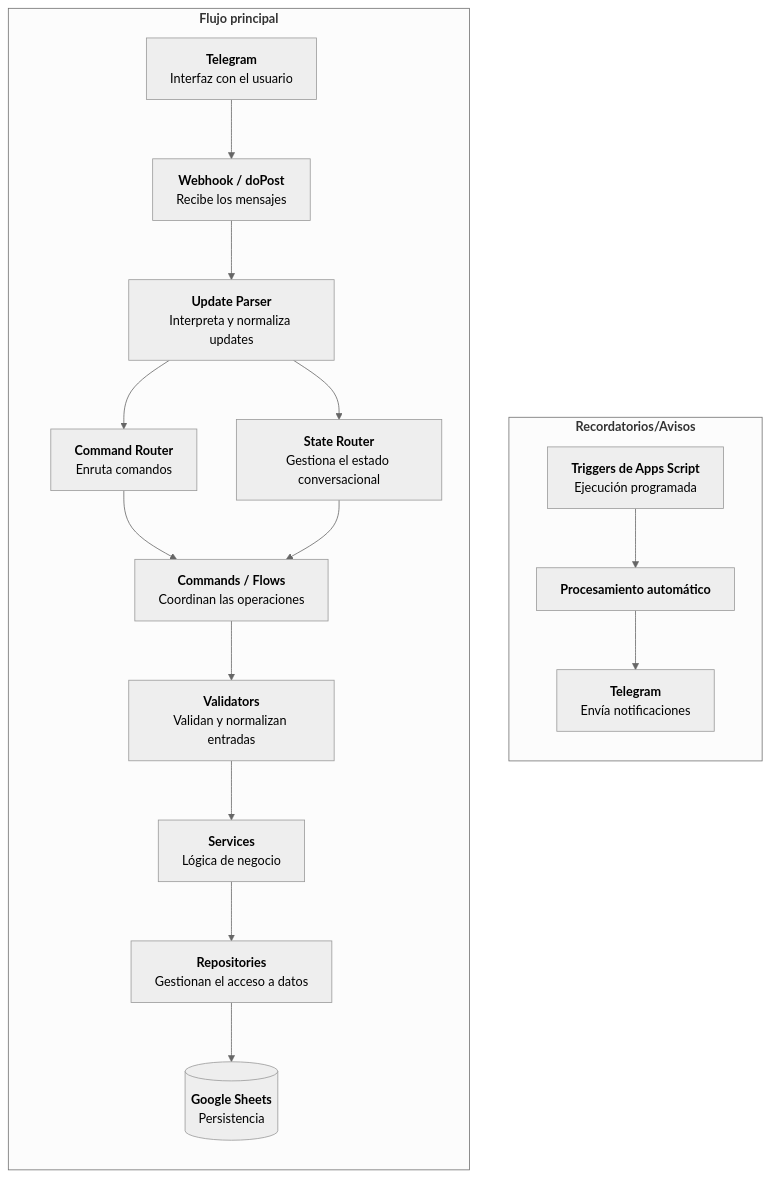
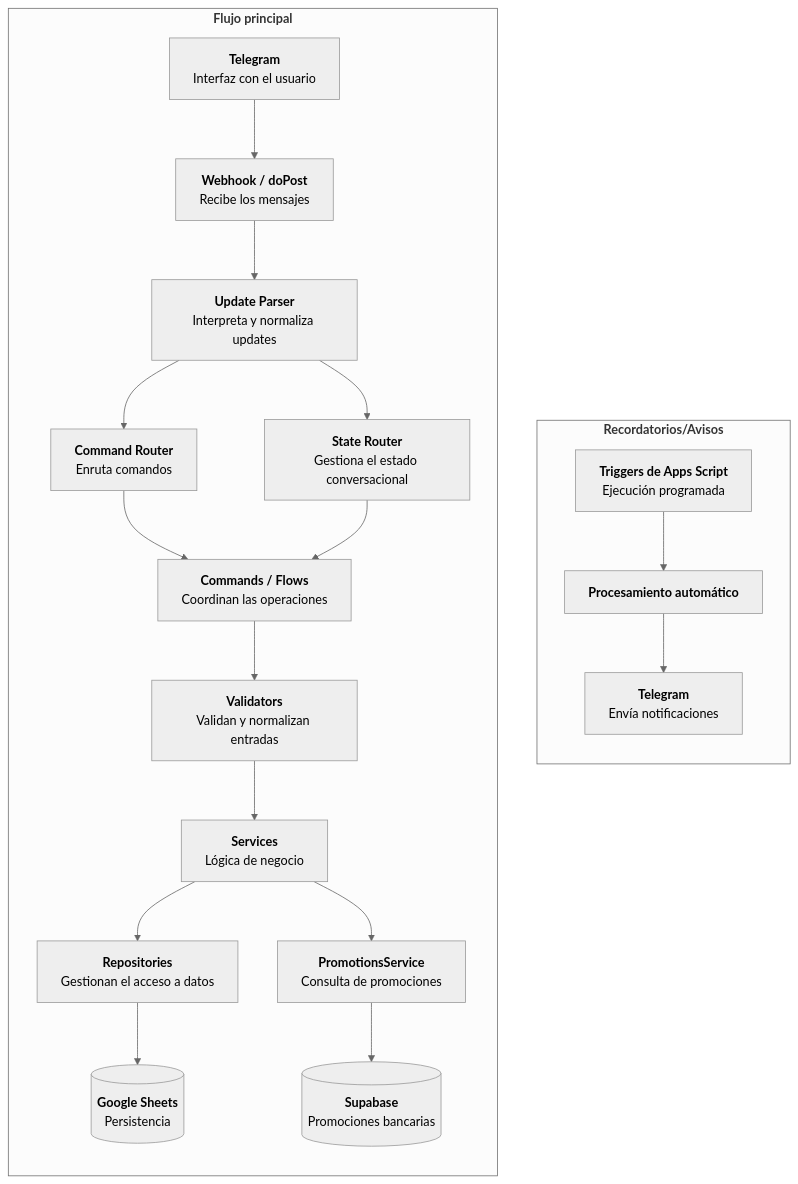
The diagram in README.md (PabloBottinelli/telegram-personal-assistant), drawn with Mermaid (neutral theme) before and after one commit. The commit also changed other lines of this file and 2 other files, not shown here.

````diff
--- a/README.md
+++ b/README.md
@@ -72,40 +88,45 @@
 ```mermaid
 flowchart LR
    subgraph Recordatorios["<b>Recordatorios/Avisos</b>"]
         TR["<b>Triggers de Apps Script</b><br>Ejecución programada"]
         PA["<b>Procesamiento automático</b><br>"]
         T2["<b>Telegram</b><br>Envía notificaciones"]
 
         TR --> PA
         PA --> T2
     end
 
     subgraph Principal["<b>Flujo principal</b>"]
       T1["<b>Telegram</b><br>Interfaz con el usuario"]
       W["<b>Webhook / doPost</b><br>Recibe los mensajes"]
       P["<b>Update Parser</b><br>Interpreta y normaliza updates"]
       CR["<b>Command Router</b><br>Enruta comandos"]
       SR["<b>State Router</b><br>Gestiona el estado conversacional"]
       CF["<b>Commands / Flows</b><br>Coordinan las operaciones"]
       V["<b>Validators</b><br>Validan y normalizan entradas"]
       S["<b>Services</b><br>Lógica de negocio"]
       R["<b>Repositories</b><br>Gestionan el acceso a datos"]
       GS[("<b>Google Sheets</b><br>Persistencia")]
+      PS["<b>PromotionsService</b><br>Consulta de promociones"]
+      SB[("<b>Supabase</b><br>Promociones bancarias")]
 
         T1 --> W
         W --> P
 
         P --> CR
         P --> SR
 
         CR --> CF
         SR --> CF
 
         CF --> V
         V --> S
         S --> R
         R --> GS
+
+        S --> PS
+        PS --> SB
     end
 
     Principal ~~~ Recordatorios
 ```
````
